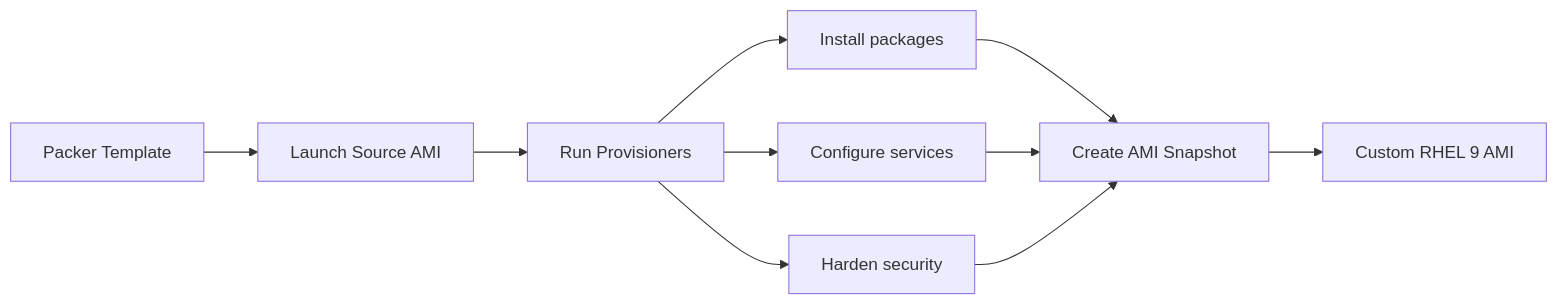
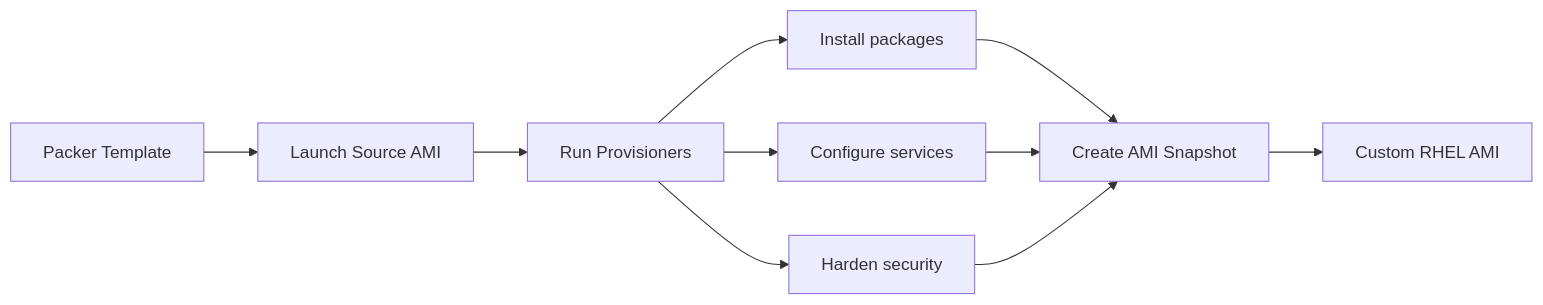
The diagram in posts/2026-03-04-packer-build-custom-rhel-9-ami-images/README.md (OneUptime/blog), drawn with Mermaid before and after one commit. The commit also changed other lines of this file and 4866 other files, not shown here.

````diff
--- a/posts/2026-03-04-packer-build-custom-rhel-9-ami-images/README.md
+++ b/posts/2026-03-04-packer-build-custom-rhel-9-ami-images/README.md
@@ -15,12 +15,12 @@
 ```mermaid
 graph LR
     A[Packer Template] --> B[Launch Source AMI]
     B --> C[Run Provisioners]
     C --> D[Install packages]
     C --> E[Configure services]
     C --> F[Harden security]
     D --> G[Create AMI Snapshot]
     E --> G
     F --> G
-    G --> H[Custom RHEL 9 AMI]
+    G --> H[Custom RHEL AMI]
 ```
````
